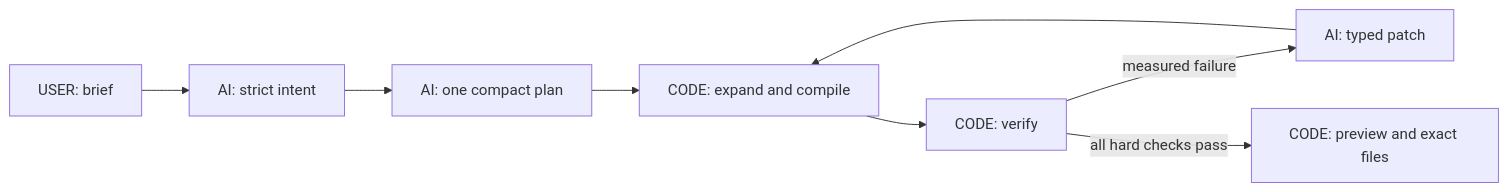
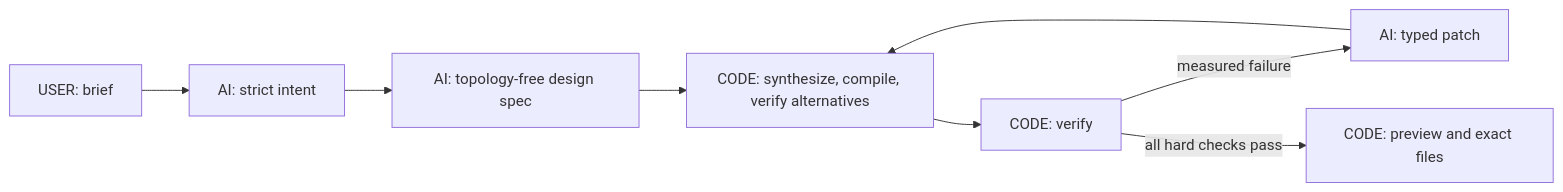
One commit to BhavyaAk25/FoldForge changed the diagram in README.md. Above: the diagram before and after it, drawn with Mermaid. The commit also changed other lines of this file and 20 other files, not shown here.

Commit message:
feat: synthesize fabrication topology from semantic specs

````diff
--- a/README.md
+++ b/README.md
@@ -40,10 +40,10 @@
 ```mermaid
 flowchart LR
     U["USER: brief"] --> I["AI: strict intent"]
-    I --> P["AI: one compact plan"]
-    P --> C["CODE: expand and compile"]
+    I --> P["AI: topology-free design spec"]
+    P --> C["CODE: synthesize, compile, verify alternatives"]
     C --> V["CODE: verify"]
     V -->|"measured failure"| R["AI: typed patch"]
     R --> C
     V -->|"all hard checks pass"| X["CODE: preview and exact files"]
 ```
````
